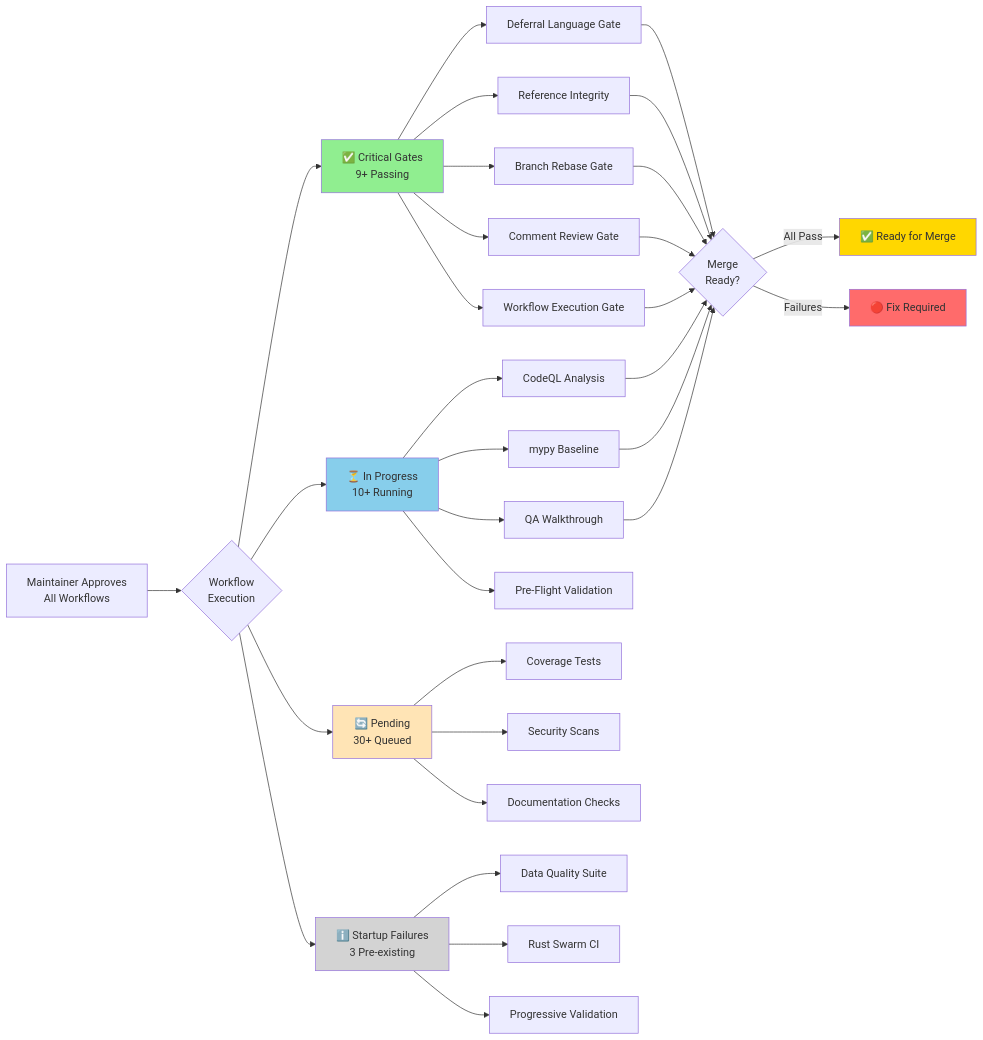
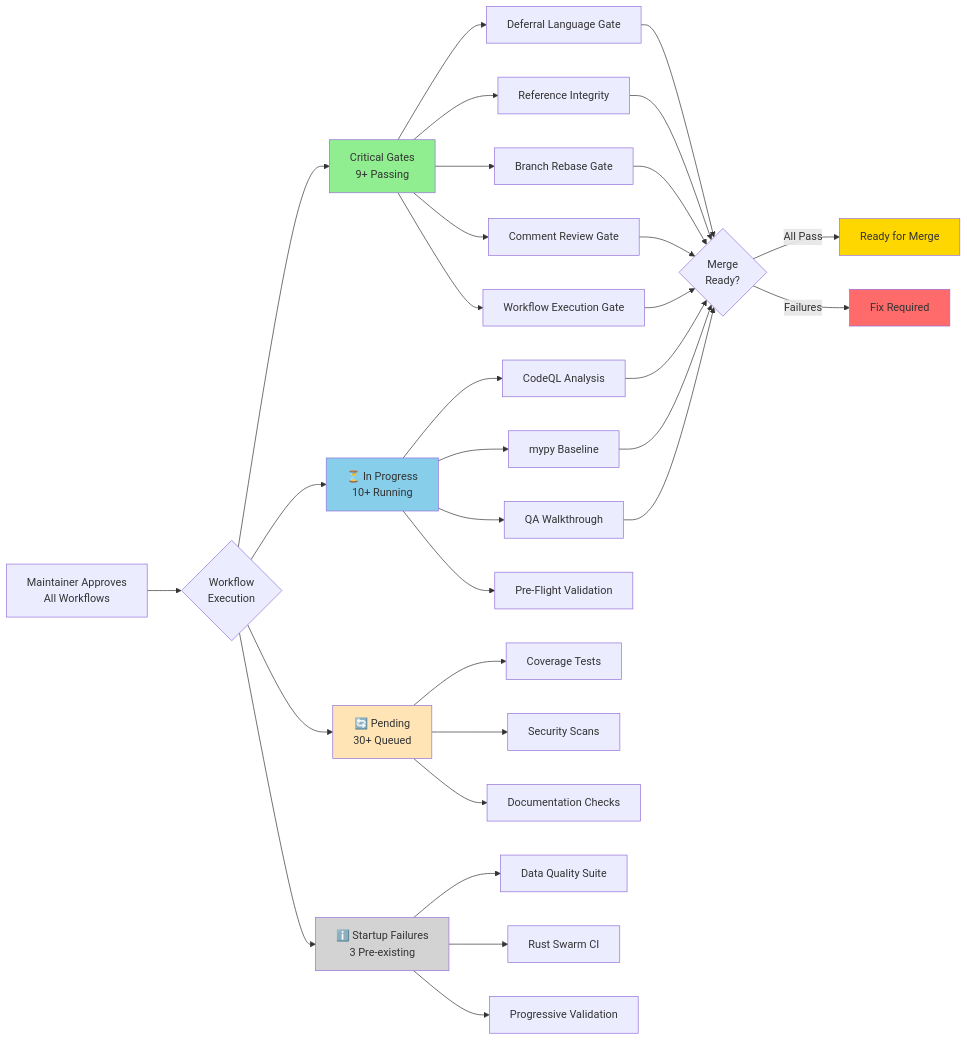
One commit to Aries-Serpent/_codex_ changed the third of 5 diagrams in docs/sessions/PR4366_session_diagram.md. Above: the diagram before and after it, drawn with Mermaid. The commit also changed other lines of this file and 2029 other files, not shown here.

````diff
--- a/docs/sessions/PR4366_session_diagram.md
+++ b/docs/sessions/PR4366_session_diagram.md
@@ -124,49 +126,49 @@
 ```mermaid
-%%{init: {'accessibility': {'title': 'Flowchart showing Maintainer Approves<br/>All Workflows, ✅ Critical Gates<br/>9+ Passing'}}%%
+%%{init: {'accessibility': {'title': 'Flowchart showing Maintainer Approves<br/>All Workflows,  Critical Gates<br/>9+ Passing'}}%%
 graph LR
     A[Maintainer Approves<br/>All Workflows] --> B{Workflow<br/>Execution}
 
-    B --> C[✅ Critical Gates<br/>9+ Passing]
+    B --> C[ Critical Gates<br/>9+ Passing]
     B --> D[⏳ In Progress<br/>10+ Running]
     B --> E[🔄 Pending<br/>30+ Queued]
     B --> F[ℹ️ Startup Failures<br/>3 Pre-existing]
 
     C --> G[Deferral Language Gate]
     C --> H[Reference Integrity]
     C --> I[Branch Rebase Gate]
     C --> J[Comment Review Gate]
     C --> K[Workflow Execution Gate]
 
     D --> L[CodeQL Analysis]
     D --> M[mypy Baseline]
     D --> N[QA Walkthrough]
     D --> O[Pre-Flight Validation]
 
     E --> P[Coverage Tests]
     E --> Q[Security Scans]
     E --> R[Documentation Checks]
 
     F --> S[Data Quality Suite]
     F --> T[Rust Swarm CI]
     F --> U[Progressive Validation]
 
     G --> V{Merge<br/>Ready?}
     H --> V
     I --> V
     J --> V
     K --> V
 
     L --> V
     M --> V
     N --> V
 
-    V -->|All Pass| W[✅ Ready for Merge]
-    V -->|Failures| X[🔴 Fix Required]
+    V -->|All Pass| W[ Ready for Merge]
+    V -->|Failures| X[ Fix Required]
 
     style C fill:#90EE90
     style D fill:#87CEEB
     style E fill:#FFE4B5
     style F fill:#D3D3D3
     style W fill:#FFD700
     style X fill:#FF6B6B
 ```
````
